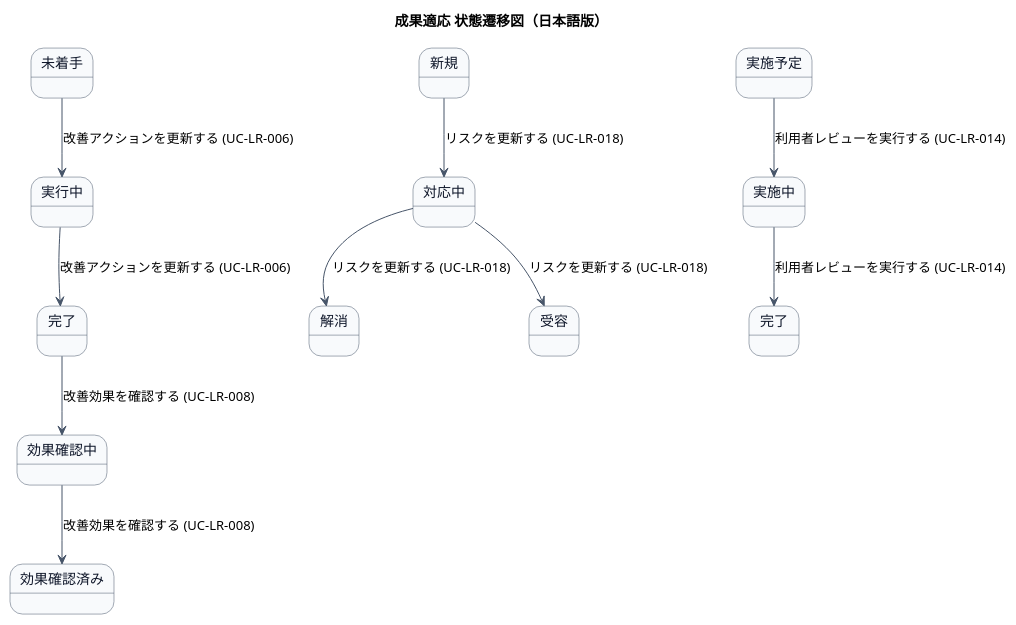
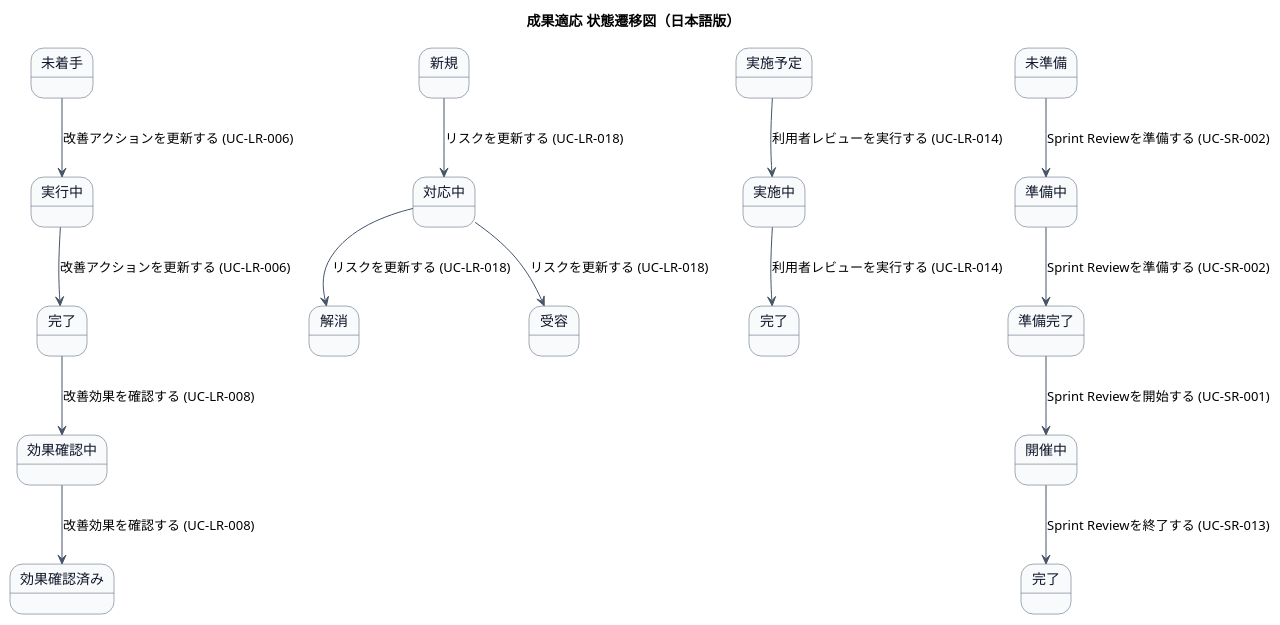
Before and after one commit to mizo432/modulith-learning: the second of 2 diagrams in docs/22 要件定義書/AG アジルーム/03 機能要件/AG-06 成果適応/04.システム/02.ステート/ステートマシン図.md, drawn with PlantUML. The commit also changed other lines of this file and 5 other files, not shown here.

````diff
--- a/docs/22 要件定義書/AG アジルーム/03 機能要件/AG-06 成果適応/04.システム/02.ステート/ステートマシン図.md
+++ b/docs/22 要件定義書/AG アジルーム/03 機能要件/AG-06 成果適応/04.システム/02.ステート/ステートマシン図.md
@@ -59,45 +72,58 @@
 ```plantuml
 @startuml
 title 成果適応 状態遷移図（日本語版）
 skinparam state {
   BackgroundColor #F8FAFC
   BorderColor #475569
   FontColor #0F172A
 }
 skinparam arrowColor #475569
 skinparam shadowing false
 
 ' 改善アクション 状態
 state "未着手" as NotStarted_IA <<entry>>
 state "実行中" as InProgress_IA
 state "完了" as Completed_IA <<exit>>
 state "効果確認中" as EffectVerifying_IA
 state "効果確認済み" as EffectConfirmed_IA <<exit>>
 
 ' リスク 状態
 state "新規" as New_RK <<entry>>
 state "対応中" as InProgress_RK
 state "解消" as Resolved_RK <<exit>>
 state "受容" as Accepted_RK <<exit>>
 
 ' 利用者レビュー 状態
 state "実施予定" as Planned_UR <<entry>>
 state "実施中" as InProgress_UR
 state "完了" as Completed_UR <<exit>>
 
+' Sprint Review 状態
+state "未準備" as NotPrepared_SR <<entry>>
+state "準備中" as Preparing_SR
+state "準備完了" as Prepared_SR
+state "開催中" as InProgress_SR
+state "完了" as Completed_SR <<exit>>
+
 ' 改善アクション 遷移
 NotStarted_IA --> InProgress_IA : 改善アクションを更新する (UC-LR-006)
 InProgress_IA --> Completed_IA : 改善アクションを更新する (UC-LR-006)
 Completed_IA --> EffectVerifying_IA : 改善効果を確認する (UC-LR-008)
 EffectVerifying_IA --> EffectConfirmed_IA : 改善効果を確認する (UC-LR-008)
 
 ' リスク 遷移
 New_RK --> InProgress_RK : リスクを更新する (UC-LR-018)
 InProgress_RK --> Resolved_RK : リスクを更新する (UC-LR-018)
 InProgress_RK --> Accepted_RK : リスクを更新する (UC-LR-018)
 
 ' 利用者レビュー 遷移
 Planned_UR --> InProgress_UR : 利用者レビューを実行する (UC-LR-014)
 InProgress_UR --> Completed_UR : 利用者レビューを実行する (UC-LR-014)
+
+' Sprint Review 遷移
+NotPrepared_SR --> Preparing_SR : Sprint Reviewを準備する (UC-SR-002)
+Preparing_SR --> Prepared_SR : Sprint Reviewを準備する (UC-SR-002)
+Prepared_SR --> InProgress_SR : Sprint Reviewを開始する (UC-SR-001)
+InProgress_SR --> Completed_SR : Sprint Reviewを終了する (UC-SR-013)
 @enduml
 ```
````
